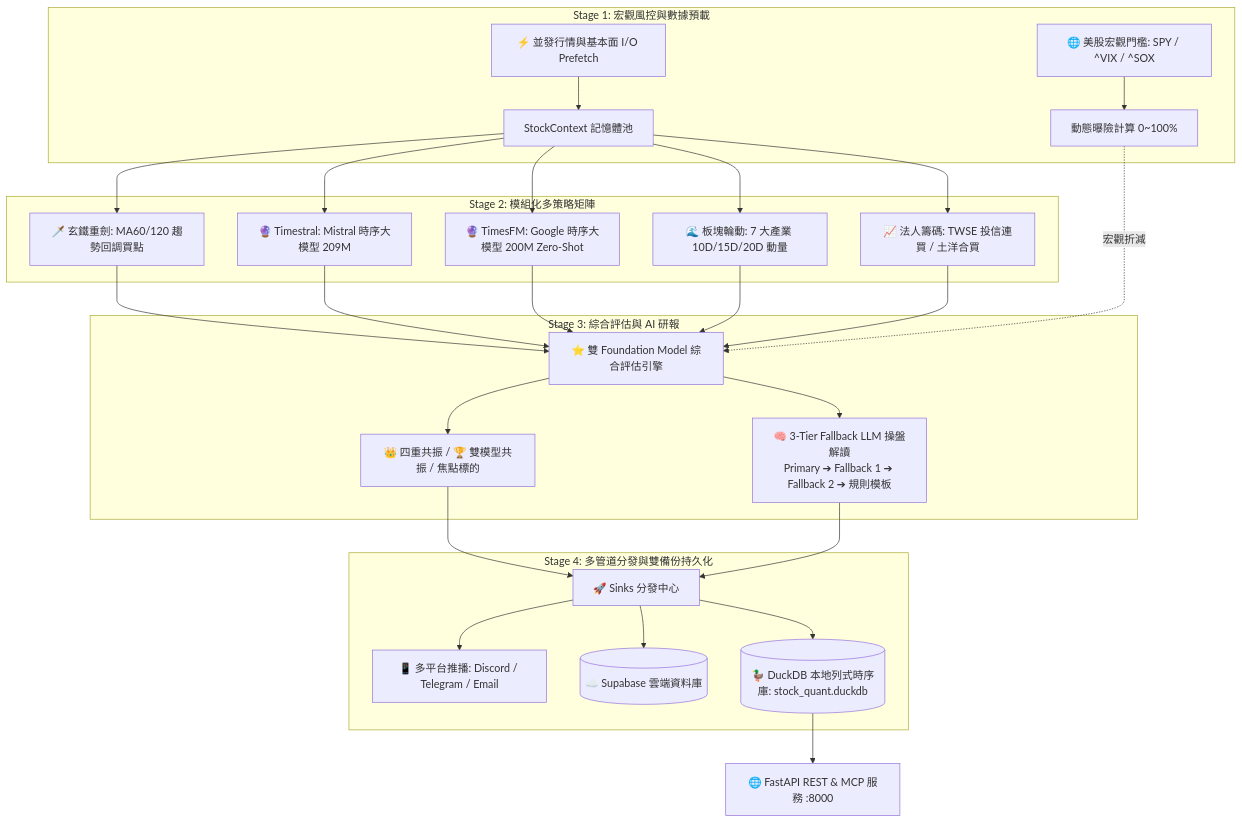
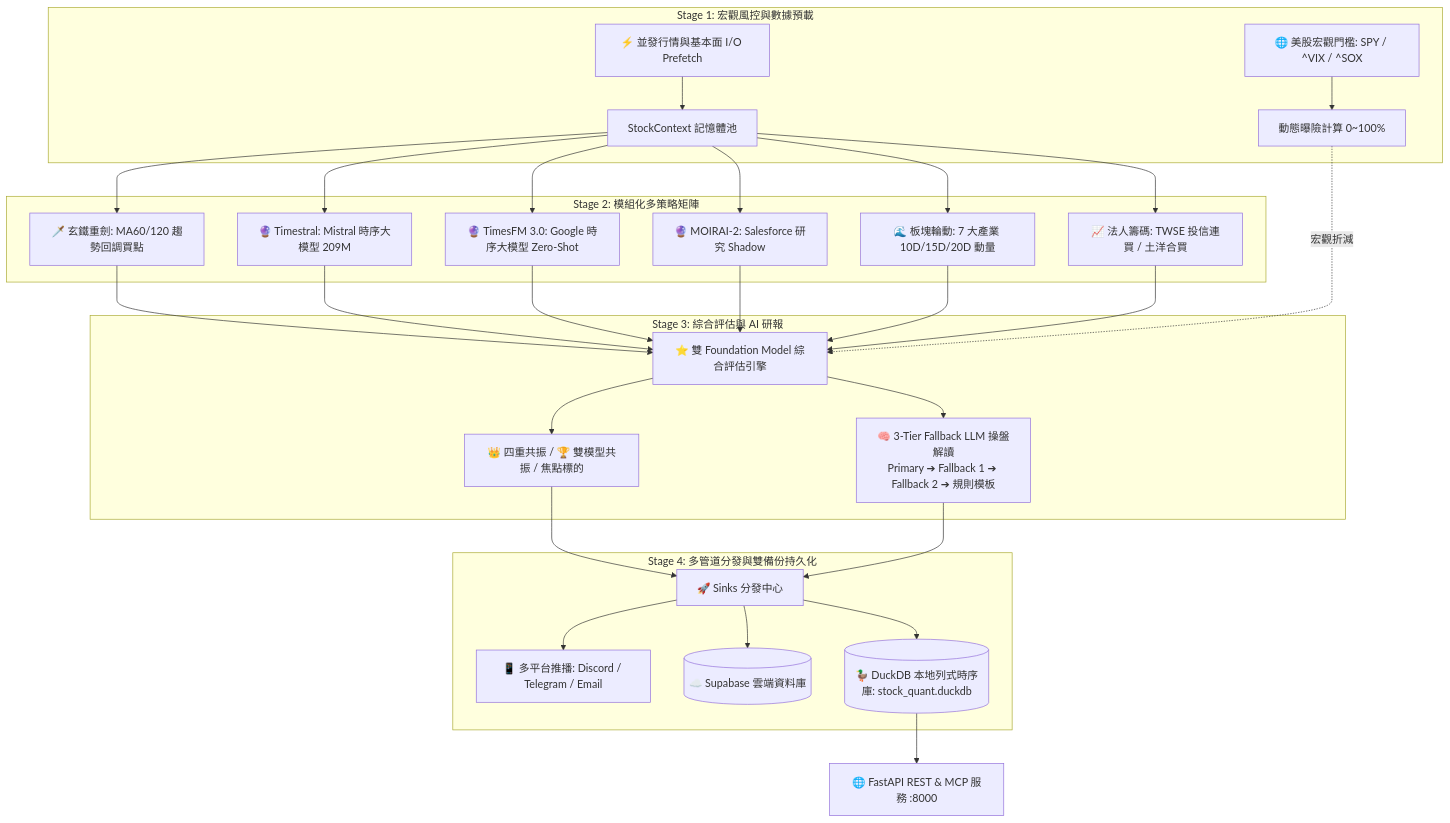
Before and after one commit to tbdavid2019/stock-underdog-ml: the diagram in README.md, drawn with Mermaid. The commit also changed other lines of this file and 73 other files, not shown here.

````diff
--- a/README.md
+++ b/README.md
@@ -40,31 +42,32 @@
 ```mermaid
 graph TD
     subgraph S1 [Stage 1: 宏觀風控與數據預載]
         Macro[🌐 美股宏觀門檻: SPY / ^VIX / ^SOX] --> Exposure[動態曝險計算 0~100%]
         IO[⚡ 並發行情與基本面 I/O Prefetch] --> Pool[StockContext 記憶體池]
     end
 
     subgraph S2 [Stage 2: 模組化多策略矩陣]
         Pool --> ST1[🗡️ 玄鐵重劍: MA60/120 趨勢回調買點]
         Pool --> ST2[🔮 Timestral: Mistral 時序大模型 209M]
-        Pool --> ST3[🔮 TimesFM: Google 時序大模型 200M Zero-Shot]
-        Pool --> ST4[🌊 板塊輪動: 7 大產業 10D/15D/20D 動量]
-        Pool --> ST5[📈 法人籌碼: TWSE 投信連買 / 土洋合買]
+        Pool --> ST3[🔮 TimesFM 3.0: Google 時序大模型 Zero-Shot]
+        Pool --> ST4[🔮 MOIRAI-2: Salesforce 研究 Shadow]
+        Pool --> ST5[🌊 板塊輪動: 7 大產業 10D/15D/20D 動量]
+        Pool --> ST6[📈 法人籌碼: TWSE 投信連買 / 土洋合買]
     end
 
     subgraph S3 [Stage 3: 綜合評估與 AI 研報]
-        ST1 & ST2 & ST3 & ST4 & ST5 --> Composite[⭐ 雙 Foundation Model 綜合評估引擎]
+        ST1 & ST2 & ST3 & ST4 & ST5 & ST6 --> Composite[⭐ 雙 Foundation Model 綜合評估引擎]
         Exposure -.->|宏觀折減| Composite
         Composite --> Overlap[👑 四重共振 / 🏆 雙模型共振 / 焦點標的]
         Composite --> LLM[🧠 3-Tier Fallback LLM 操盤解讀<br>Primary ➔ Fallback 1 ➔ Fallback 2 ➔ 規則模板]
     end
 
     subgraph S4 [Stage 4: 多管道分發與雙備份持久化]
         Overlap & LLM --> Sinks[🚀 Sinks 分發中心]
         Sinks --> Push[📱 多平台推播: Discord / Telegram / Email]
         Sinks --> CloudDB[(☁️ Supabase 雲端資料庫)]
         Sinks --> LocalDB[(🦆 DuckDB 本地列式時序庫: stock_quant.duckdb)]
     end
 
     LocalDB --> API[🌐 FastAPI REST & MCP 服務 :8000]
 ```
````
